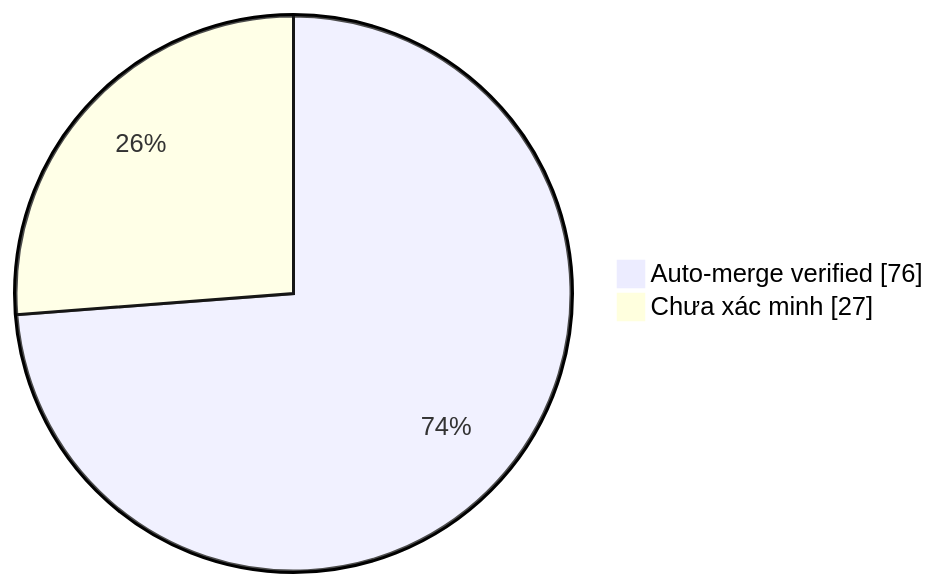
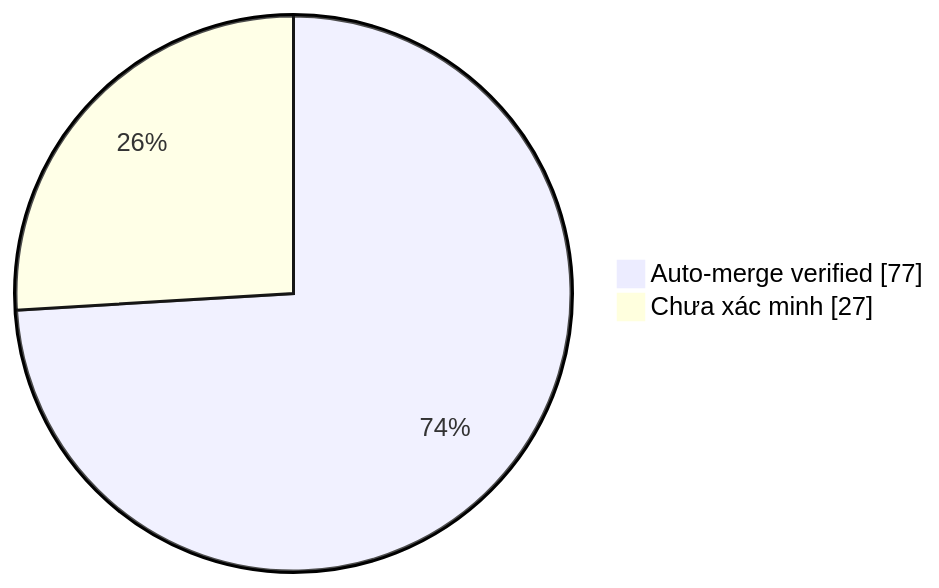
Before and after one commit to duykhang68/tetdinhmuiblog: the diagram in collector.md, drawn with Mermaid. The commit also changed other lines of this file and 1 other file, not shown here.

Commit message:
docs(collector): update auto-merge evidence dashboard

````diff
--- a/collector.md
+++ b/collector.md
@@ -22,5 +22,5 @@
 ```mermaid
 pie showData
-    "Auto-merge verified" : 76
+    "Auto-merge verified" : 77
     "Chưa xác minh" : 27
 ```
````
